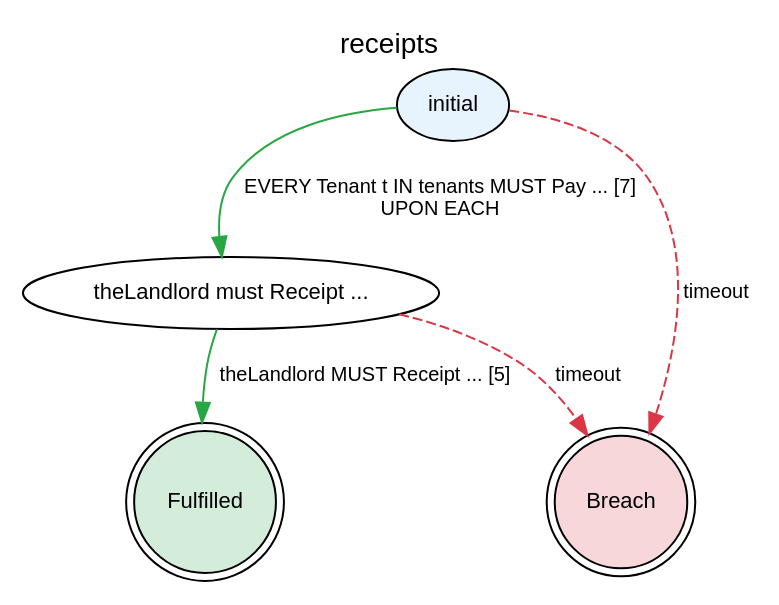
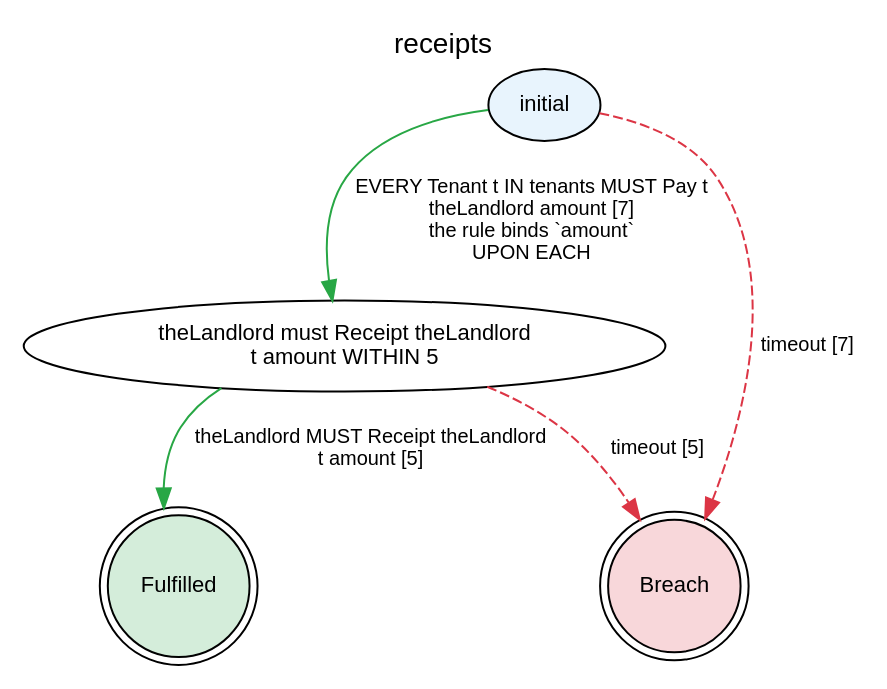
Before and after one commit to legalese/l4-ide: the diagram in doc/reference/regulative/figures/every-fork.dot, drawn with Graphviz. The commit also changed 4 other files, not shown here.

```diff
--- a/doc/reference/regulative/figures/every-fork.dot
+++ b/doc/reference/regulative/figures/every-fork.dot
@@ -1,43 +1,43 @@
 digraph {
     graph [rankdir=TB
           ,label=receipts
           ,labelloc=t
           ,fontname=Helvetica
           ,fontsize=14];
     node [fontname=Helvetica
          ,fontsize=11];
     edge [fontname=Helvetica
          ,fontsize=10];
     0 [label=initial
       ,fillcolor=white
       ,style=filled
       ,shape=ellipse
       ,fillcolor="#e8f4fd"];
-    1 [label="theLandlord must Receipt ..."
+    1 [label="theLandlord must Receipt theLandlord\nt amount WITHIN 5"
       ,fillcolor=white
       ,style=filled
       ,shape=ellipse
       ,fillcolor="#ffffff"];
     2 [label=Fulfilled
       ,fillcolor=white
       ,style=filled
       ,shape=doublecircle
       ,fillcolor="#d4edda"];
     3 [label=Breach
       ,fillcolor=white
       ,style=filled
       ,shape=doublecircle
       ,fillcolor="#f8d7da"];
-    0 -> 1 [label="EVERY Tenant t IN tenants MUST Pay ... [7]\nUPON EACH"
+    0 -> 1 [label="EVERY Tenant t IN tenants MUST Pay t\ntheLandlord amount [7]\nthe rule binds `amount`\nUPON EACH"
            ,color="#28a745"
            ,style=solid];
-    0 -> 3 [label=timeout
+    0 -> 3 [label="timeout [7]"
            ,color="#dc3545"
            ,style=dashed];
-    1 -> 2 [label="theLandlord MUST Receipt ... [5]"
+    1 -> 2 [label="theLandlord MUST Receipt theLandlord\nt amount [5]"
            ,color="#28a745"
            ,style=solid];
-    1 -> 3 [label=timeout
+    1 -> 3 [label="timeout [5]"
            ,color="#dc3545"
            ,style=dashed];
 }
```
